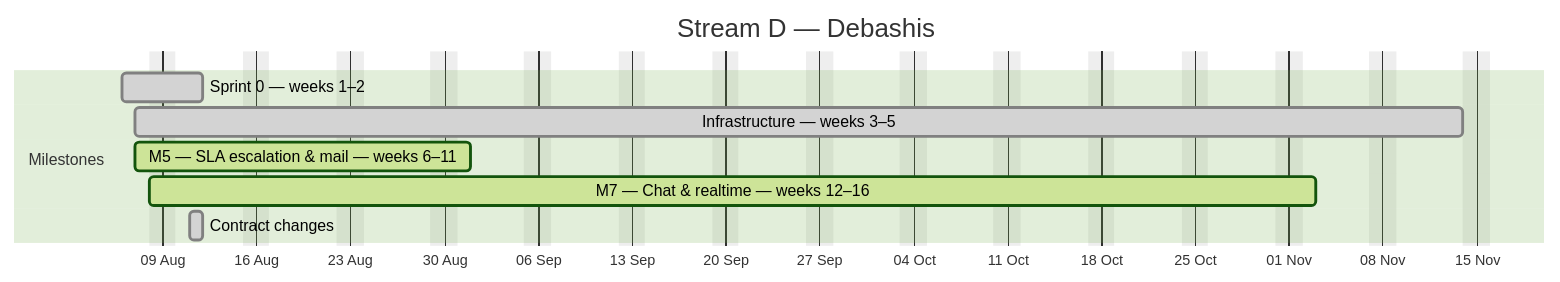
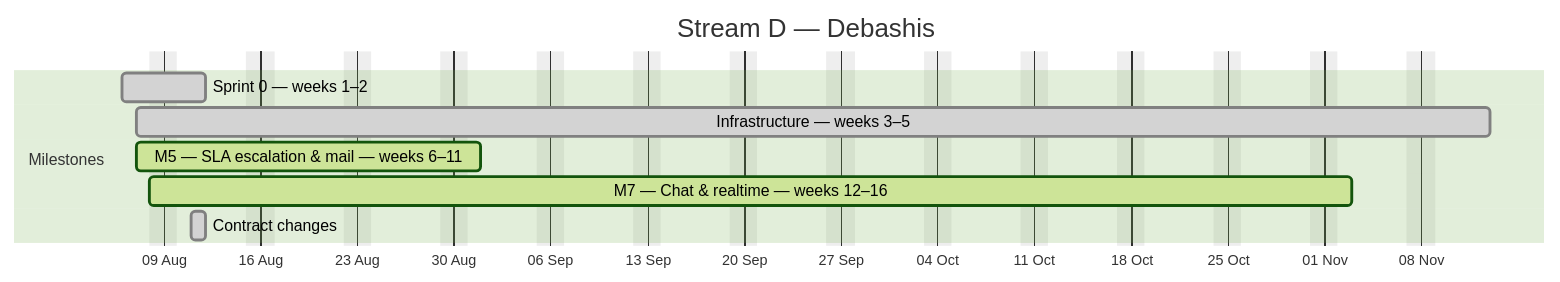
One commit to debashisedunext/EduTrack changed the fourth of 4 diagrams in docs/plan/GANTT.md. Above: the diagram before and after it, drawn with Mermaid (forest theme). The commit also changed other lines of this file and 2 other files, not shown here.

````diff
--- a/docs/plan/GANTT.md
+++ b/docs/plan/GANTT.md
@@ -160,13 +161,13 @@
 ```mermaid
 gantt
     dateFormat YYYY-MM-DD
     axisFormat %d %b
     title Stream D — Debashis
     excludes weekends
     section Milestones
     Sprint 0 — weeks 1–2 :done, d0, 2026-08-06, 4d
-    Infrastructure — weeks 3–5 :done, d1, 2026-08-07, 71d
+    Infrastructure — weeks 3–5 :done, d1, 2026-08-07, 70d
     M5 — SLA  escalation & mail — weeks 6–11 :active, d2, 2026-08-07, 17d
     M7 — Chat & realtime — weeks 12–16 :active, d3, 2026-08-08, 62d
     Contract changes :done, d4, 2026-08-11, 1d
 ```
````
